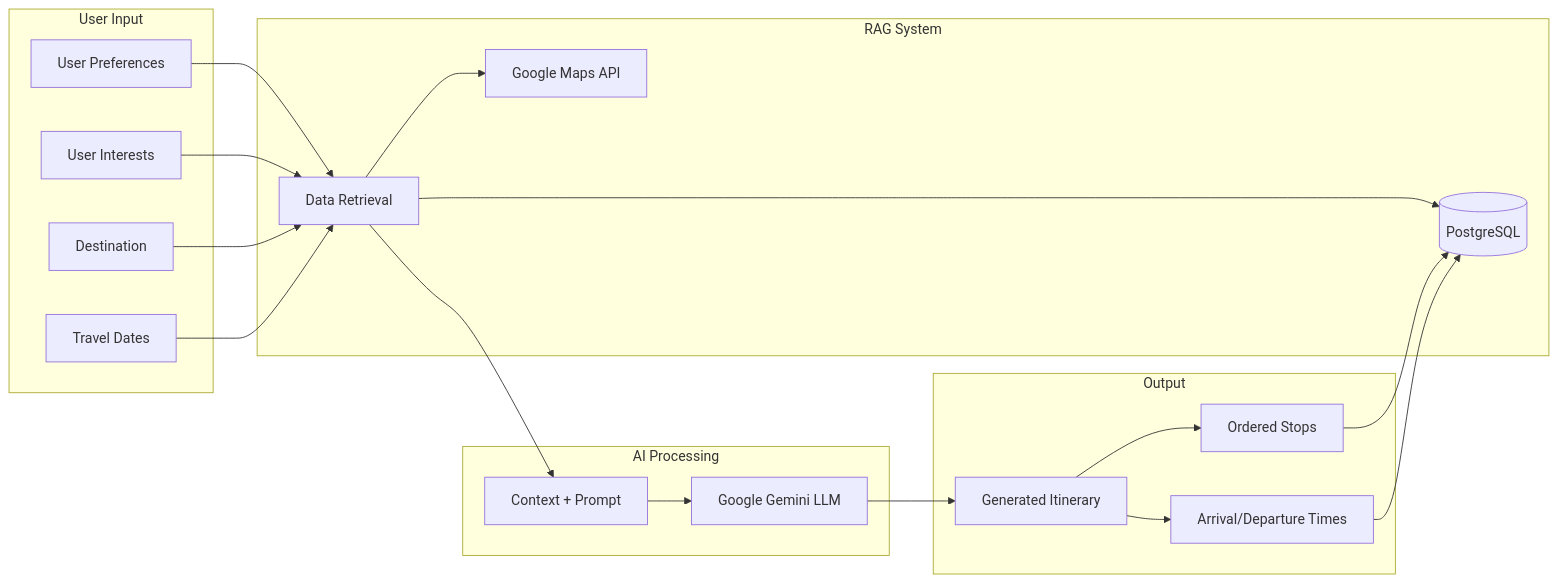
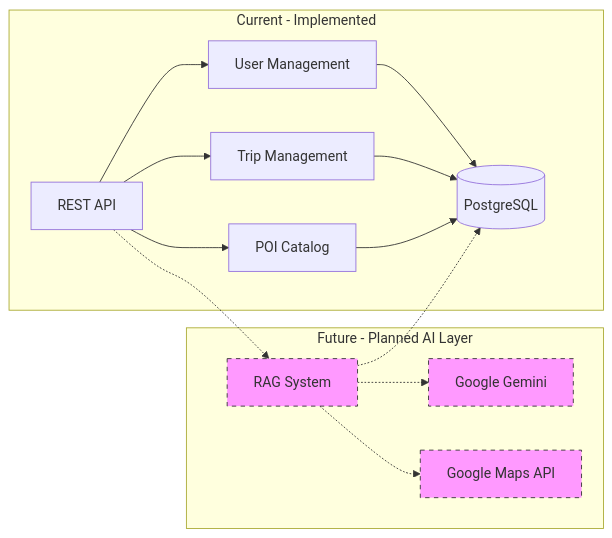
Before and after one commit to mintlify-atlas/docs-atlas-59bd529a: the diagram in architecture/ai-integration.mdx, drawn with Mermaid. The commit also changed other lines of this file and 4 other files, not shown here.

````diff
--- a/architecture/ai-integration.mdx
+++ b/architecture/ai-integration.mdx
@@ -22,39 +43,32 @@
 ```mermaid
 graph LR
-    subgraph "User Input"
-        UI[User Preferences]
-        INT[User Interests]
-        LOC[Destination]
-        DATES[Travel Dates]
+    subgraph "Current - Implemented"
+        API[REST API]
+        DB[(PostgreSQL)]
+        USERS[User Management]
+        TRIPS[Trip Management]
+        POIS[POI Catalog]
+        
+        API --> USERS
+        API --> TRIPS
+        API --> POIS
+        USERS --> DB
+        TRIPS --> DB
+        POIS --> DB
     end
     
-    subgraph "RAG System"
-        RET[Data Retrieval]
-        DB[(PostgreSQL)]
+    subgraph "Future - Planned AI Layer"
+        GEMINI[Google Gemini]
+        RAG[RAG System]
         MAPS[Google Maps API]
         
-        RET --> DB
-        RET --> MAPS
+        API -.-> RAG
+        RAG -.-> DB
+        RAG -.-> MAPS
+        RAG -.-> GEMINI
     end
     
-    subgraph "AI Processing"
-        GEMINI[Google Gemini LLM]
-        PROMPT[Context + Prompt]
-        
-        RET --> PROMPT
-        PROMPT --> GEMINI
-    end
-    
-    subgraph "Output"
-        ITIN[Generated Itinerary]
-        STOPS[Ordered Stops]
-        TIMING[Arrival/Departure Times]
-    end
-    
-    UI & INT & LOC & DATES --> RET
-    GEMINI --> ITIN
-    ITIN --> STOPS
-    ITIN --> TIMING
-    STOPS --> DB
-    TIMING --> DB
+    style GEMINI fill:#f9f,stroke:#333,stroke-dasharray: 5 5
+    style RAG fill:#f9f,stroke:#333,stroke-dasharray: 5 5
+    style MAPS fill:#f9f,stroke:#333,stroke-dasharray: 5 5
 ```
````
